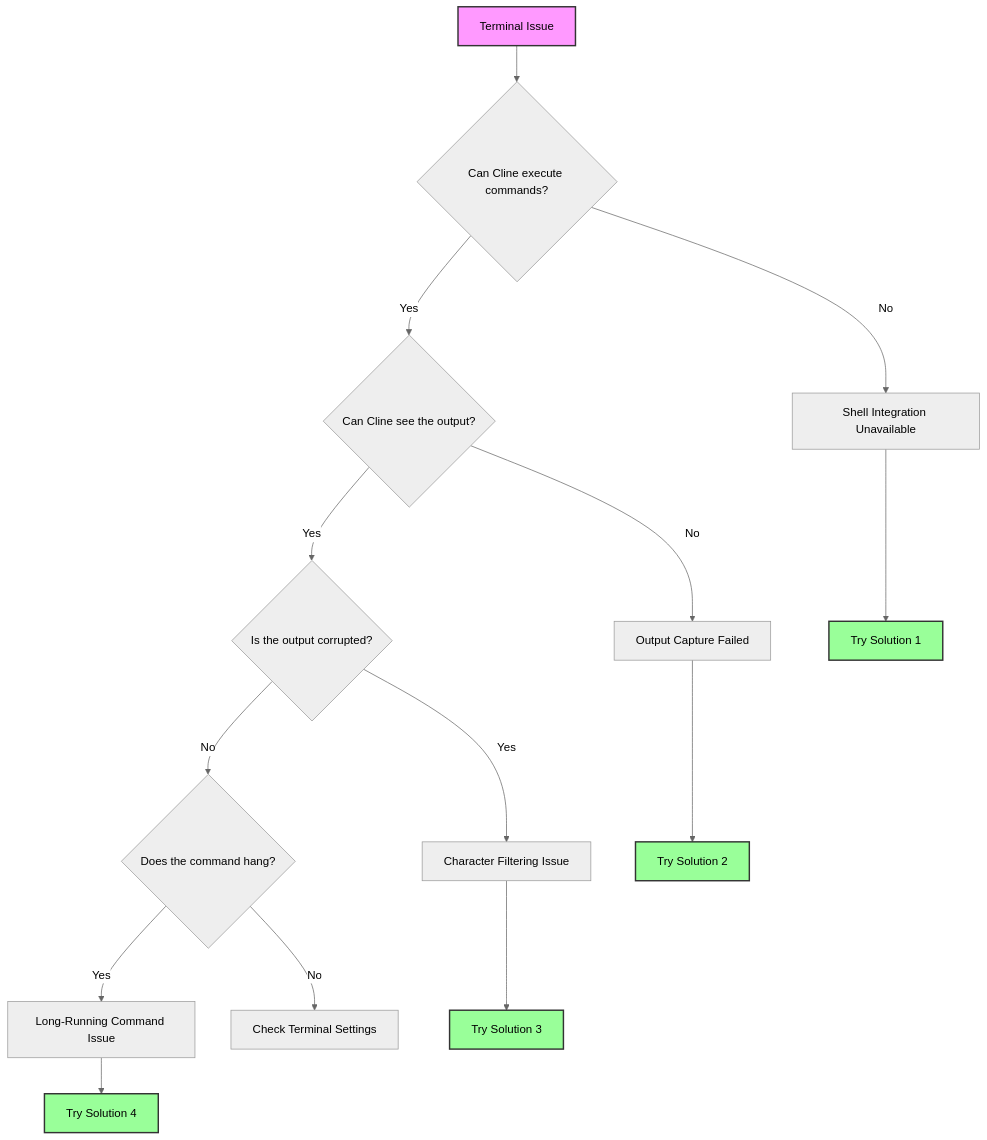
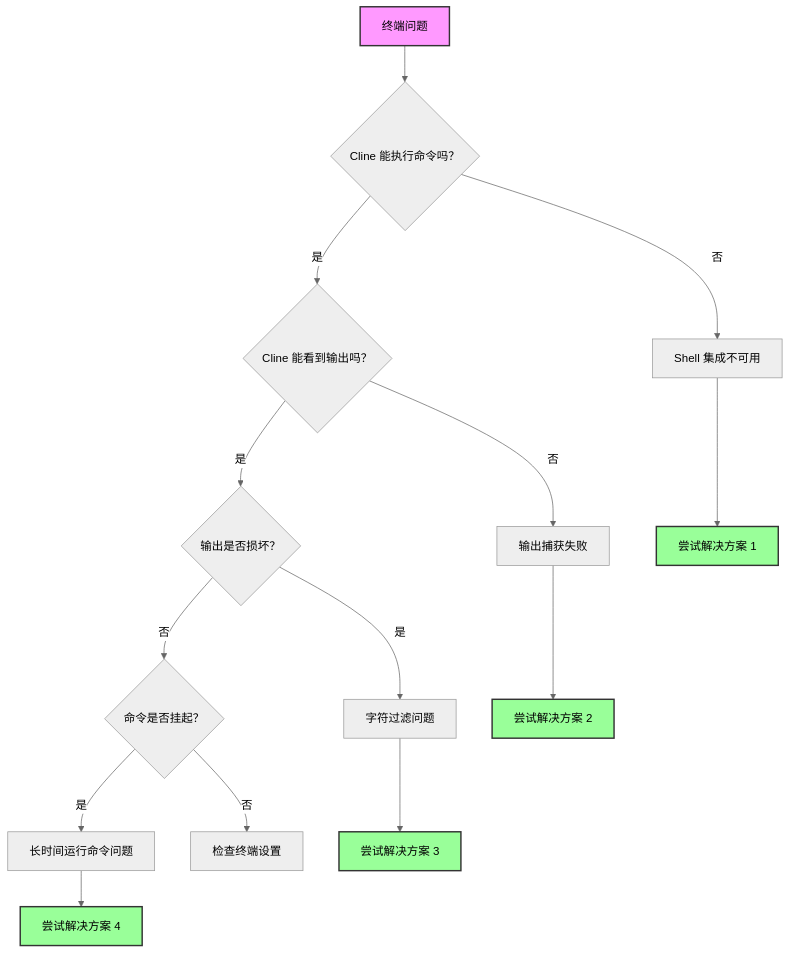
The diagram in docs/troubleshooting/terminal-integration-guide.mdx (wyx66624/cline-chinese), drawn with Mermaid (neutral theme) before and after one commit. The commit also changed other lines of this file and 34 other files, not shown here.

````diff
--- a/docs/troubleshooting/terminal-integration-guide.mdx
+++ b/docs/troubleshooting/terminal-integration-guide.mdx
@@ -20,23 +20,23 @@
 ```mermaid
 graph TD
-    A[Terminal Issue] --> B{Can Cline execute commands?}
-    B -->|No| C[Shell Integration Unavailable]
-    B -->|Yes| D{Can Cline see the output?}
-    D -->|No| E[Output Capture Failed]
-    D -->|Yes| F{Is the output corrupted?}
-    F -->|Yes| G[Character Filtering Issue]
-    F -->|No| H{Does the command hang?}
-    H -->|Yes| I[Long-Running Command Issue]
-    H -->|No| J[Check Terminal Settings]
+    A[终端问题] --> B{Cline 能执行命令吗？}
+    B -->|否| C[Shell 集成不可用]
+    B -->|是| D{Cline 能看到输出吗？}
+    D -->|否| E[输出捕获失败]
+    D -->|是| F{输出是否损坏？}
+    F -->|是| G[字符过滤问题]
+    F -->|否| H{命令是否挂起？}
+    H -->|是| I[长时间运行命令问题]
+    H -->|否| J[检查终端设置]
 
-    C --> K[Try Solution 1]
-    E --> L[Try Solution 2]
-    G --> M[Try Solution 3]
-    I --> N[Try Solution 4]
+    C --> K[尝试解决方案 1]
+    E --> L[尝试解决方案 2]
+    G --> M[尝试解决方案 3]
+    I --> N[尝试解决方案 4]
 
     style A fill:#f9f,stroke:#333,stroke-width:2px
     style K fill:#9f9,stroke:#333,stroke-width:2px
     style L fill:#9f9,stroke:#333,stroke-width:2px
     style M fill:#9f9,stroke:#333,stroke-width:2px
     style N fill:#9f9,stroke:#333,stroke-width:2px
 ```
````
